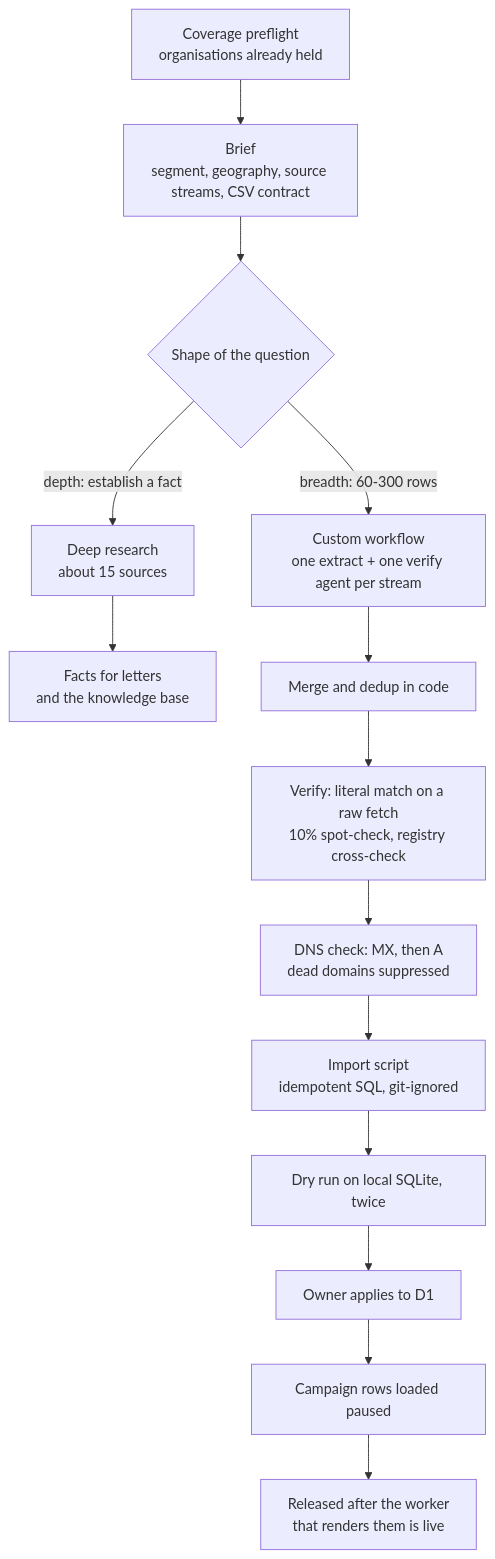
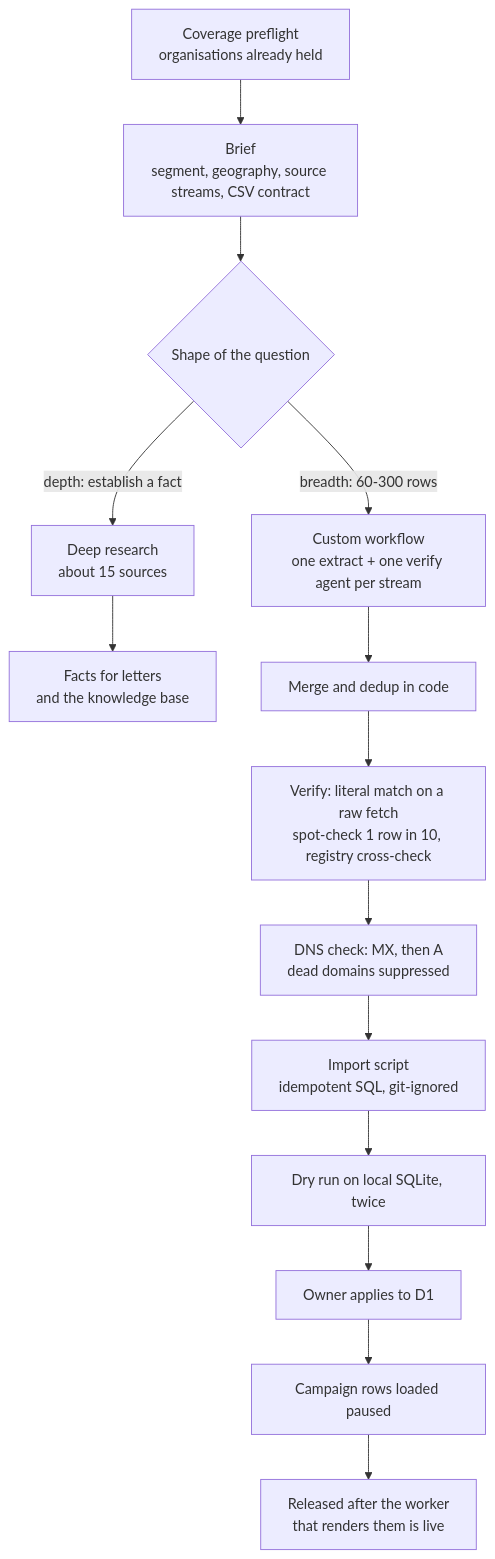
The sixth of 7 diagrams in docs/outreach-engine.md (romanmagdalenko/crm-on-cloudflare), drawn with Mermaid before and after one commit. The commit also changed other lines of this file, not shown here.

Commit message:
Diagrams: drop the percent sign that hung the renderer, stand the contact lifecycle upright
A literal % inside a flowchart label sent Mermaid into a loop that froze the
whole GitHub page, every diagram with it. The contact lifecycle ran left to
right off the edge of the page; top to bottom it fits.

````diff
--- a/docs/outreach-engine.md
+++ b/docs/outreach-engine.md
@@ -302,16 +301,16 @@
 ```mermaid
 flowchart TD
   A["Coverage preflight<br/>organisations already held"] --> B["Brief<br/>segment, geography, source streams, CSV contract"]
   B --> C{"Shape of the question"}
   C -->|"depth: establish a fact"| D["Deep research<br/>about 15 sources"]
   C -->|"breadth: 60-300 rows"| E["Custom workflow<br/>one extract + one verify agent per stream"]
   D --> K["Facts for letters<br/>and the knowledge base"]
   E --> F["Merge and dedup in code"]
-  F --> G["Verify: literal match on a raw fetch<br/>10% spot-check, registry cross-check"]
+  F --> G["Verify: literal match on a raw fetch<br/>spot-check 1 row in 10, registry cross-check"]
   G --> H["DNS check: MX, then A<br/>dead domains suppressed"]
   H --> I["Import script<br/>idempotent SQL, git-ignored"]
   I --> J["Dry run on local SQLite, twice"]
   J --> L["Owner applies to D1"]
   L --> M["Campaign rows loaded paused"]
   M --> N["Released after the worker<br/>that renders them is live"]
 ```
````
